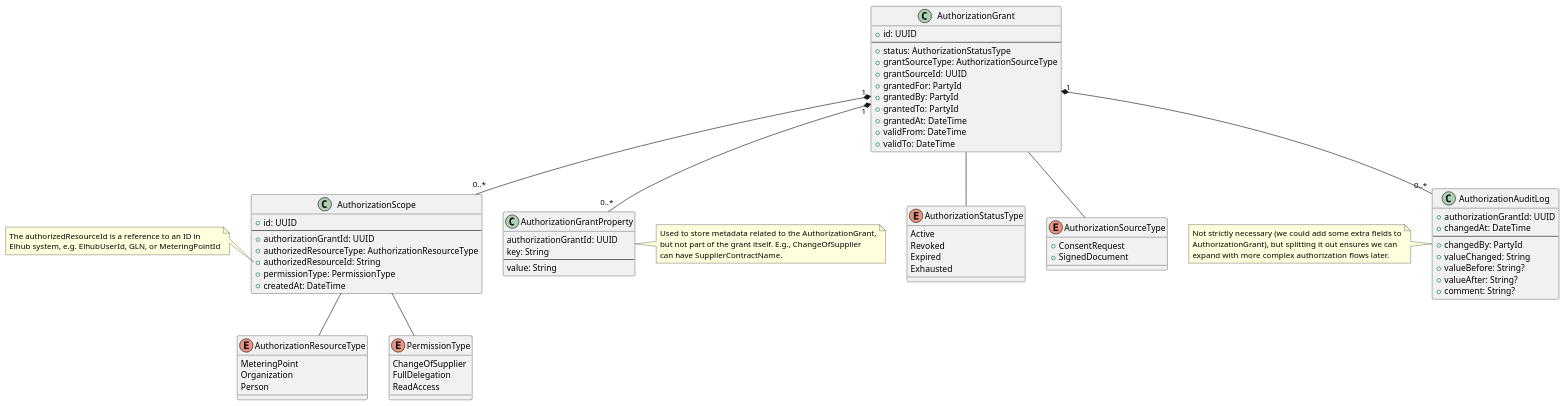
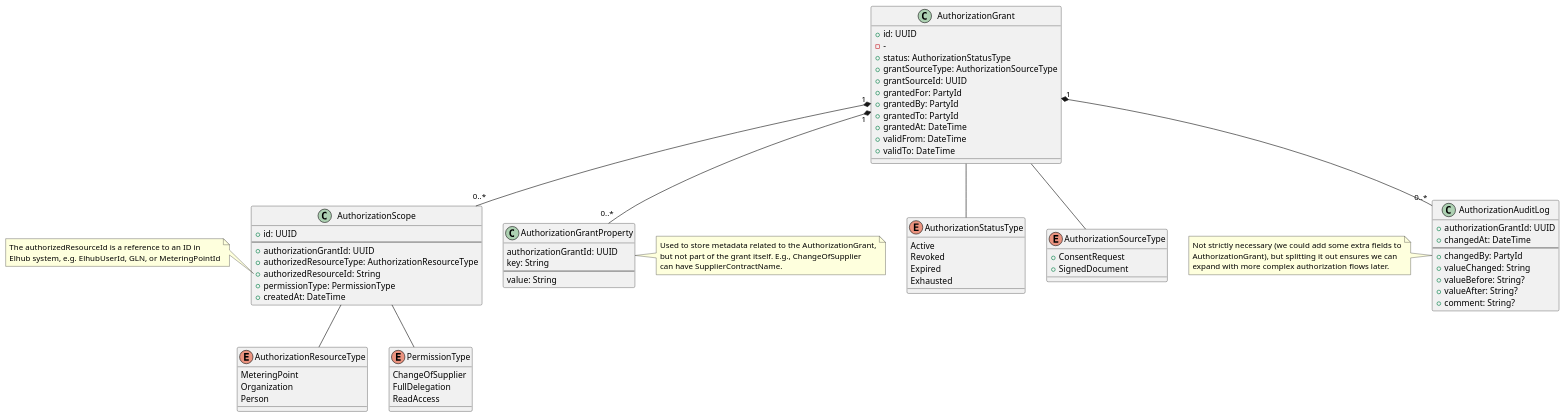
Before and after one commit to elhub/auth-grant-manager: the diagram in docs/datamodel/authorization-grant.plantuml, drawn with PlantUML. The commit also changed 2 other files, not shown here.

Commit message:
Add schema

```diff
--- a/docs/datamodel/authorization-grant.plantuml
+++ b/docs/datamodel/authorization-grant.plantuml
@@ -1,91 +1,91 @@
 @startuml authorization-grant
 
 class AuthorizationGrant {
   + id: UUID
-  --
+  - -
   + status: AuthorizationStatusType
   + grantSourceType: AuthorizationSourceType
   + grantSourceId: UUID
   + grantedFor: PartyId
   + grantedBy: PartyId
   + grantedTo: PartyId
   + grantedAt: DateTime
   + validFrom: DateTime
   + validTo: DateTime
 }
 
 enum AuthorizationStatusType {
   Active
   Revoked
   Expired
   Exhausted
 }
 
 enum AuthorizationSourceType {
   + ConsentRequest
   + SignedDocument
 }
 
 class AuthorizationScope {
   + id: UUID
   --
   + authorizationGrantId: UUID
   + authorizedResourceType: AuthorizationResourceType
   + authorizedResourceId: String
   + permissionType: PermissionType
   + createdAt: DateTime
 }
 note left of AuthorizationScope::authorizedResourceId
   The authorizedResourceId is a reference to an ID in
   Elhub system, e.g. ElhubUserId, GLN, or MeteringPointId
 end note
 
 enum AuthorizationResourceType {
   MeteringPoint
   Organization
   Person
 }
 
 enum PermissionType {
   ChangeOfSupplier
   FullDelegation
   ReadAccess
 }
 
 class AuthorizationGrantProperty {
   authorizationGrantId: UUID
   key: String
   --
   value: String
 }
 note right
   Used to store metadata related to the AuthorizationGrant,
   but not part of the grant itself. E.g., ChangeOfSupplier
   can have SupplierContractName.
 end note
 
 class AuthorizationAuditLog {
   + authorizationGrantId: UUID
   + changedAt: DateTime
   --
   + changedBy: PartyId
   + valueChanged: String
   + valueBefore: String?
   + valueAfter: String?
   + comment: String?
 }
 note left of AuthorizationAuditLog
   Not strictly necessary (we could add some extra fields to
   AuthorizationGrant), but splitting it out ensures we can
   expand with more complex authorization flows later.
 end note
 
 AuthorizationGrant "1" *-- "0..*" AuthorizationScope
 AuthorizationGrant "1" *-- "0..*" AuthorizationGrantProperty
 AuthorizationGrant "1" *-- "0..*" AuthorizationAuditLog
 AuthorizationGrant -- AuthorizationStatusType
 AuthorizationGrant -- AuthorizationSourceType
 AuthorizationScope -- AuthorizationResourceType
 AuthorizationScope -- PermissionType
 
 @enduml
```
